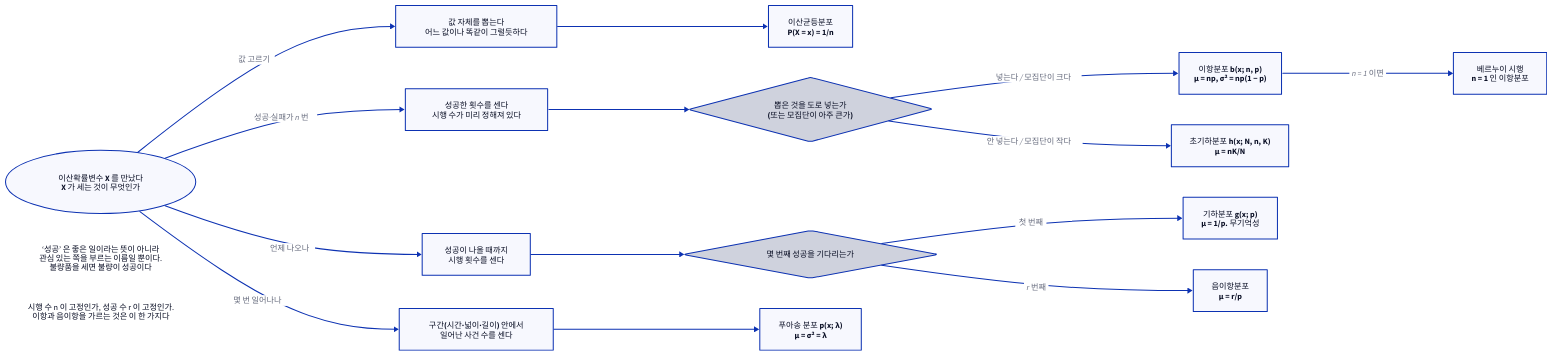
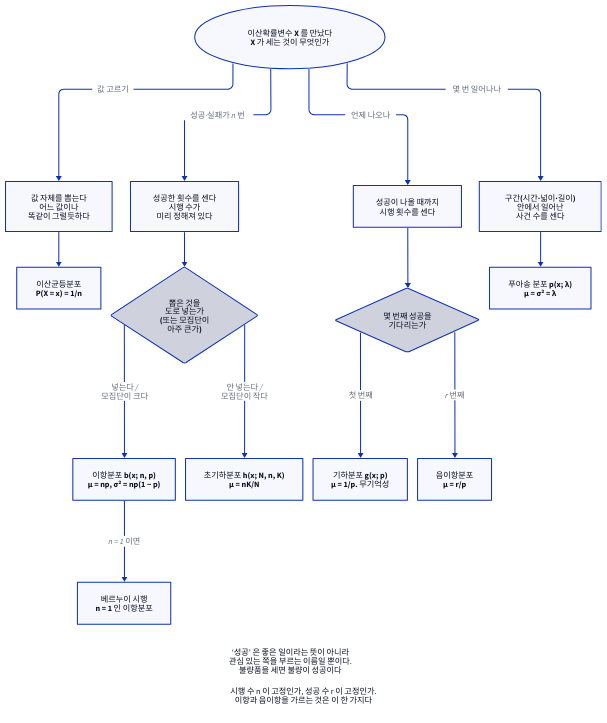
One commit to Dong-gi/Dong-gi.github.io changed the diagram in d2/statistics/st-d-discrete-choose.d2. Above: the diagram before and after it, drawn with D2. The commit also changed 180 other files, not shown here.

```diff
--- a/d2/statistics/st-d-discrete-choose.d2
+++ b/d2/statistics/st-d-discrete-choose.d2
@@ -1,53 +1,64 @@
 # 어떤 상황이 어떤 이산분포를 낳는가 — 7장 첫머리의 판별 흐름.
 #
 # 무엇을 읽어야 하나: 이산분포를 고르는 일은 공식을 외우는 일이 아니라
 # 질문 세 개에 차례로 답하는 일이다. 무엇을 세고 있는가, 시행 수가 미리
 # 정해져 있는가, 뽑은 것을 도로 넣는가. 답이 정해지면 분포는 저절로 정해진다.
-direction: right
+vars: { d2-config: { layout-engine: elk } }
+direction: down
 
 시작: { label: "이산확률변수 X 를 만났다\nX 가 세는 것이 무엇인가"; shape: oval; style.bold: true }
 
-값자체: { label: "값 자체를 뽑는다\n어느 값이나 똑같이 그럴듯하다" }
-성공수: { label: "성공한 횟수를 센다\n시행 수가 미리 정해져 있다"; style.bold: true }
+값자체: { label: "값 자체를 뽑는다\n어느 값이나\n똑같이 그럴듯하다" }
+성공수: { label: "성공한 횟수를 센다\n시행 수가\n미리 정해져 있다"; style.bold: true }
 시행수: { label: "성공이 나올 때까지\n시행 횟수를 센다" }
-발생수: { label: "구간(시간·넓이·길이) 안에서\n일어난 사건 수를 센다"; style.bold: true }
+발생수: { label: "구간(시간·넓이·길이)\n안에서 일어난\n사건 수를 센다"; style.bold: true }
 
 시작 -> 값자체: "값 고르기"
 시작 -> 성공수: "성공·실패가 n 번"
 시작 -> 시행수: "언제 나오나"
 시작 -> 발생수: "몇 번 일어나나"
 
 균등: { label: "이산균등분포\nP(X = x) = 1/n"; shape: rectangle; style.bold: true }
 값자체 -> 균등
 
-복원: { label: "뽑은 것을 도로 넣는가\n(또는 모집단이 아주 큰가)"; shape: diamond }
+복원: { label: "뽑은 것을\n도로 넣는가\n(또는 모집단이\n아주 큰가)"; shape: diamond }
 성공수 -> 복원
 
 이항: { label: "이항분포 b(x; n, p)\nμ = np,  σ² = np(1 − p)"; style.bold: true }
 초기하: { label: "초기하분포 h(x; N, n, K)\nμ = nK/N"; style.bold: true }
 베르누이: { label: "베르누이 시행\nn = 1 인 이항분포" }
 
-복원 -> 이항: "넣는다 / 모집단이 크다"
-복원 -> 초기하: "안 넣는다 / 모집단이 작다"
+복원 -> 이항: "넣는다 /\n모집단이 크다"
+복원 -> 초기하: "안 넣는다 /\n모집단이 작다"
 이항 -> 베르누이: "n = 1 이면"
 
-몇번째: { label: "몇 번째 성공을 기다리는가"; shape: diamond }
+몇번째: { label: "몇 번째 성공을\n기다리는가"; shape: diamond }
 시행수 -> 몇번째
 
 기하: { label: "기하분포 g(x; p)\nμ = 1/p.  무기억성"; style.bold: true }
 음이항: { label: "음이항분포\nμ = r/p" }
 몇번째 -> 기하: "첫 번째"
 몇번째 -> 음이항: "r 번째"
 
 푸아송: { label: "푸아송 분포 p(x; λ)\nμ = σ² = λ"; style.bold: true }
 발생수 -> 푸아송
 
-메모: {
-  label: "‘성공’ 은 좋은 일이라는 뜻이 아니라\n관심 있는 쪽을 부르는 이름일 뿐이다.\n불량품을 세면 불량이 성공이다"
-  shape: text
+# 글상자는 그림 아래에 차례로 쌓는다(옆에 두면 폭이 몇 배가 된다).
+주석: {
+  label: ""
+  near: bottom-center
+  grid-columns: 1
+  grid-gap: 24
+  style.stroke: transparent
+  style.fill: transparent
+
+  메모: {
+    label: "‘성공’ 은 좋은 일이라는 뜻이 아니라\n관심 있는 쪽을 부르는 이름일 뿐이다.\n불량품을 세면 불량이 성공이다"
+    shape: text
+  }
+
+  주의: {
+    label: "시행 수 n 이 고정인가, 성공 수 r 이 고정인가.\n이항과 음이항을 가르는 것은 이 한 가지다"
+    shape: text
+  }
 }
-
-주의: {
-  label: "시행 수 n 이 고정인가, 성공 수 r 이 고정인가.\n이항과 음이항을 가르는 것은 이 한 가지다"
-  shape: text
-}
```
